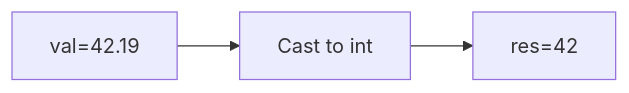
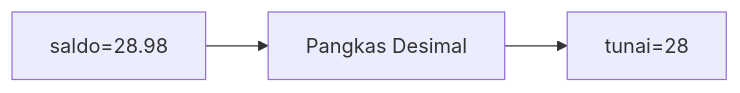
The first of 25 diagrams in part-c-pemahaman-cpp/01-tipe-data/latihan/set-01.md (amnahwaida/OSNK_INF_PREP), drawn with Mermaid before and after one commit. The commit also changed other lines of this file and 71 other files, not shown here.

````diff
--- a/part-c-pemahaman-cpp/01-tipe-data/latihan/set-01.md
+++ b/part-c-pemahaman-cpp/01-tipe-data/latihan/set-01.md
@@ -21,5 +21,5 @@
 ```mermaid
 graph LR
-A["val=42.19"] --> B["Cast to int"]
-B --> C["res=42"]
+A["saldo=28.98"] --> B["Pangkas Desimal"]
+B --> C["tunai=28"]
 ```
````
